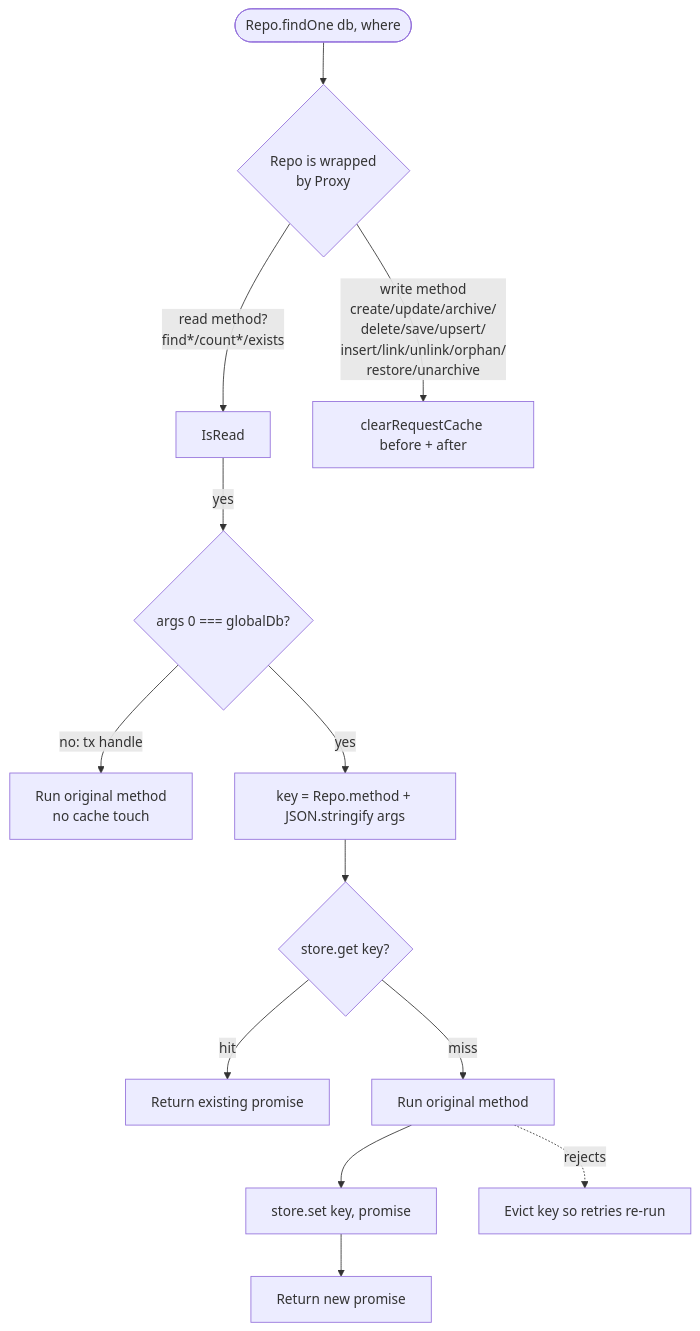
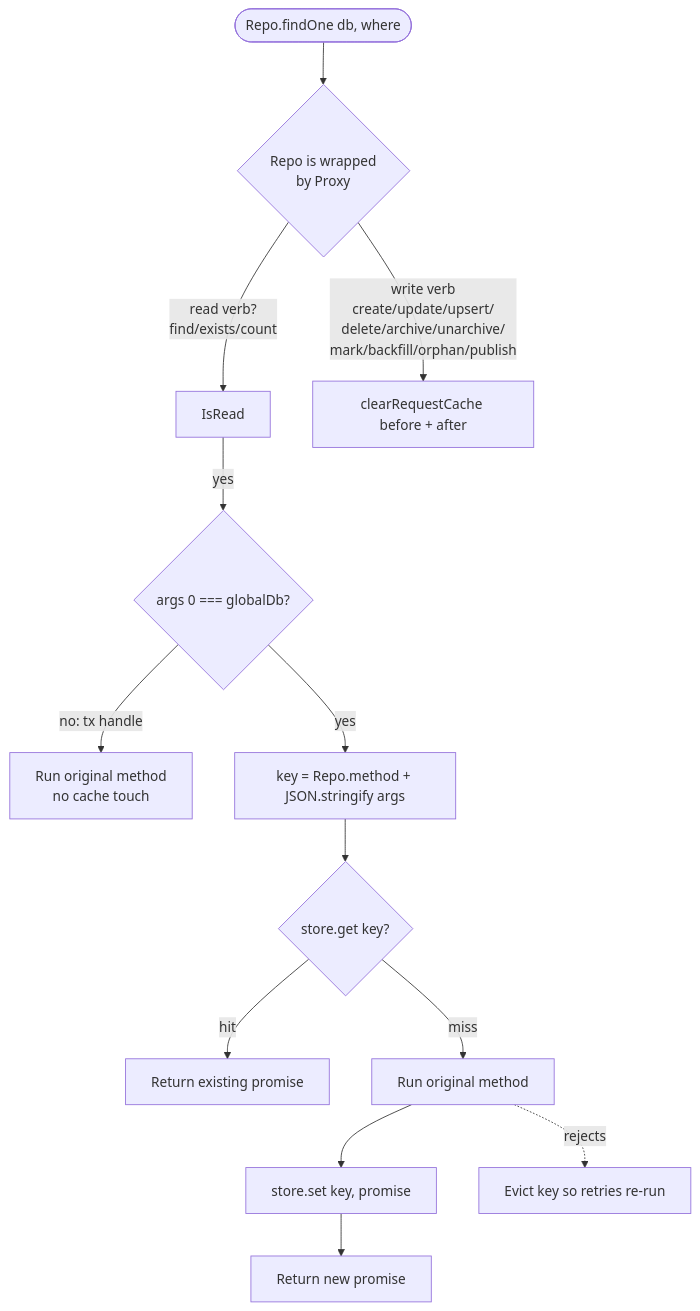
One commit to PhilippeChab/arkyvree changed the fourth of 7 diagrams in docs/caching.md. Above: the diagram before and after it, drawn with Mermaid. The commit also changed other lines of this file and 48 other files, not shown here.

````diff
--- a/docs/caching.md
+++ b/docs/caching.md
@@ -290,15 +290,15 @@
 ```mermaid
 flowchart TD
     Start([Repo.findOne db, where]) --> Proxy{Repo is wrapped<br/>by Proxy}
-    Proxy -->|read method?<br/>find*/count*/exists| IsRead
+    Proxy -->|read verb?<br/>find/exists/count| IsRead
     IsRead -->|yes| IsDb{args 0 === globalDb?}
     IsDb -->|no: tx handle| Direct[Run original method<br/>no cache touch]
     IsDb -->|yes| Key[key = Repo.method + JSON.stringify args]
     Key --> Store{store.get key?}
     Store -->|hit| Return[Return existing promise]
     Store -->|miss| Run[Run original method]
     Run --> Save[store.set key, promise]
     Save --> ReturnNew[Return new promise]
     Run -.->|rejects| Evict[Evict key so retries re-run]
-    Proxy -->|write method<br/>create/update/archive/<br/>delete/save/upsert/<br/>insert/link/unlink/orphan/<br/>restore/unarchive| Clear[clearRequestCache before + after]
+    Proxy -->|write verb<br/>create/update/upsert/<br/>delete/archive/unarchive/<br/>mark/backfill/orphan/publish| Clear[clearRequestCache before + after]
 ```
````
